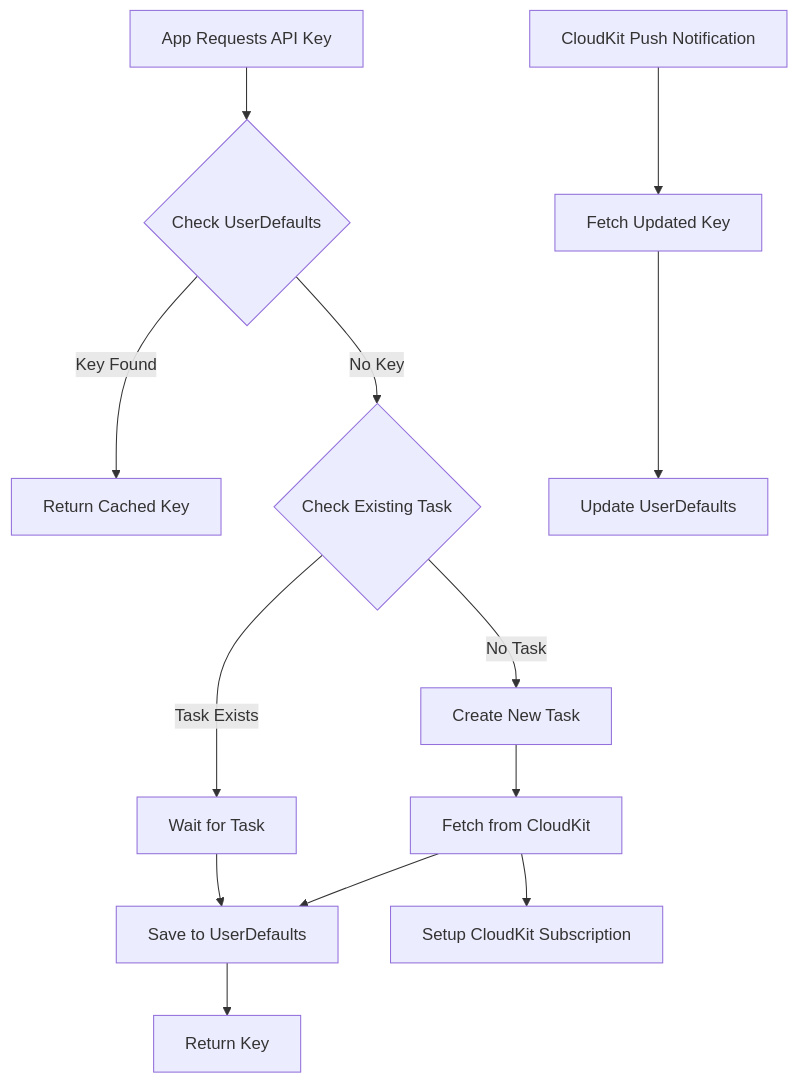
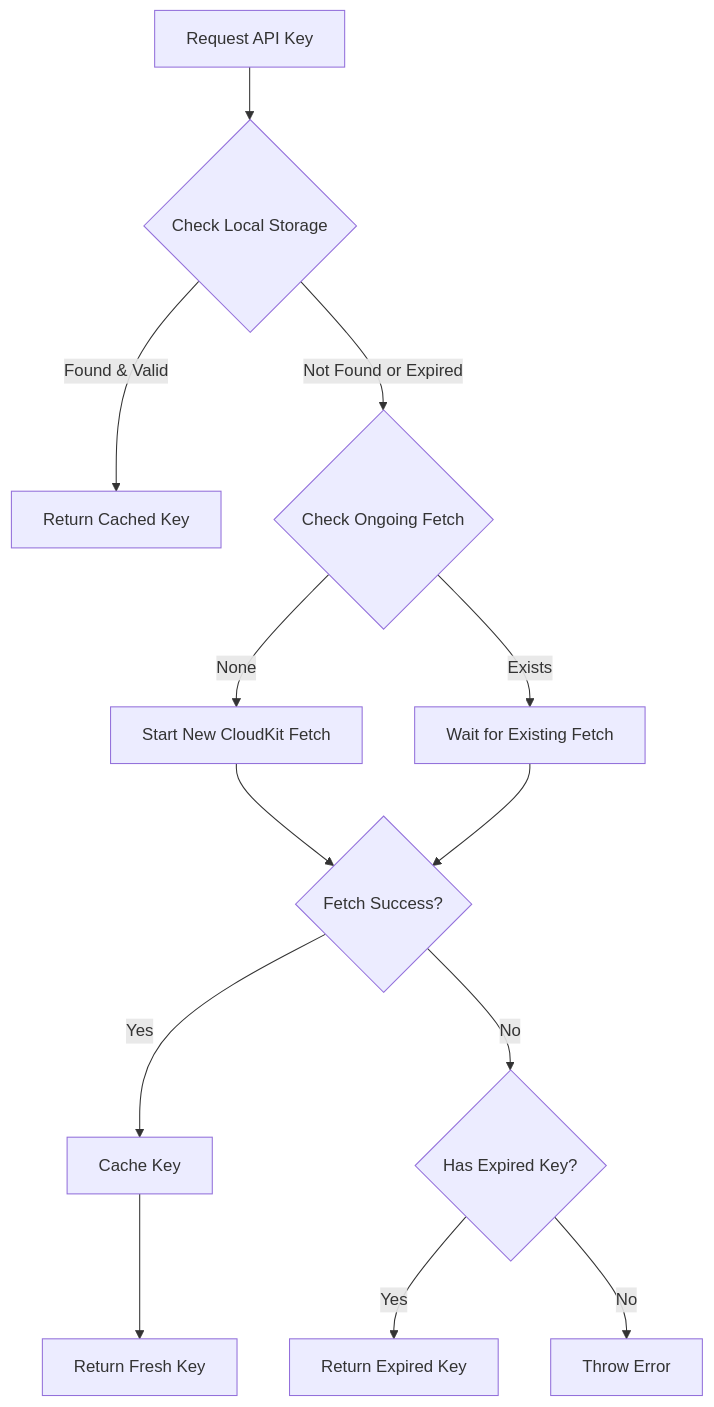
The second of 3 diagrams in Docs/readme.md (kraigspear/APIKeyReader), drawn with Mermaid before and after one commit. The commit also changed other lines of this file and 4 other files, not shown here.

````diff
--- a/Docs/readme.md
+++ b/Docs/readme.md
@@ -58,16 +64,15 @@
 ```mermaid
 flowchart TD
-    A[App Requests API Key] --> B{Check UserDefaults}
-    B -->|Key Found| C[Return Cached Key]
-    B -->|No Key| D{Check Existing Task}
-    D -->|Task Exists| E[Wait for Task]
-    D -->|No Task| F[Create New Task]
-    F --> G[Fetch from CloudKit]
-    G --> H[Save to UserDefaults]
-    G --> I[Setup CloudKit Subscription]
-    E --> H
-    H --> J[Return Key]
-    
-    K[CloudKit Push Notification] --> L[Fetch Updated Key]
-    L --> M[Update UserDefaults]
+    A[Request API Key] --> B{Check Local Storage}
+    B -->|Found & Valid| C[Return Cached Key]
+    B -->|Not Found or Expired| D{Check Ongoing Fetch}
+    D -->|Exists| E[Wait for Existing Fetch]
+    D -->|None| F[Start New CloudKit Fetch]
+    F --> G{Fetch Success?}
+    G -->|Yes| H[Cache Key]
+    G -->|No| I{Has Expired Key?}
+    I -->|Yes| J[Return Expired Key]
+    I -->|No| K[Throw Error]
+    H --> L[Return Fresh Key]
+    E --> G
 ```
````
